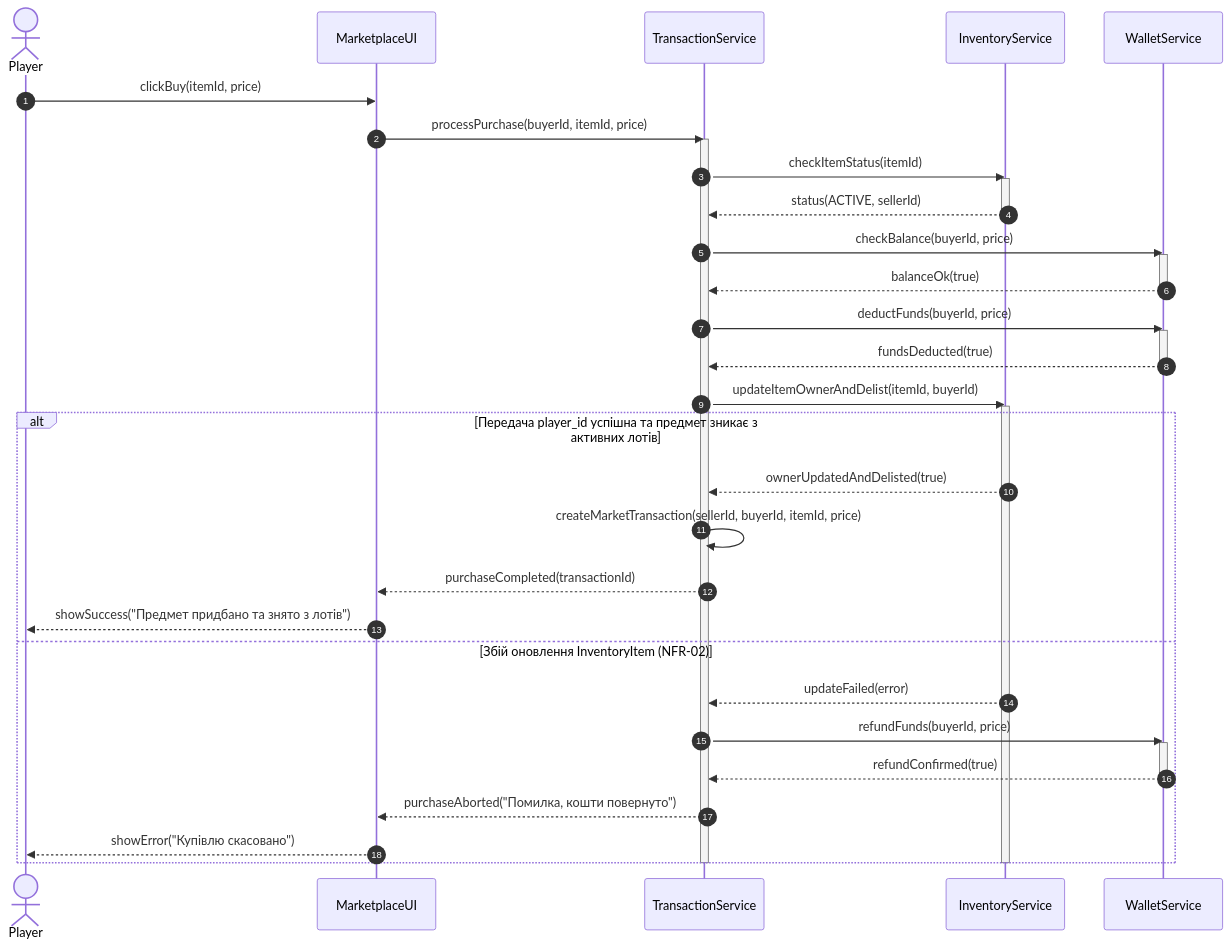
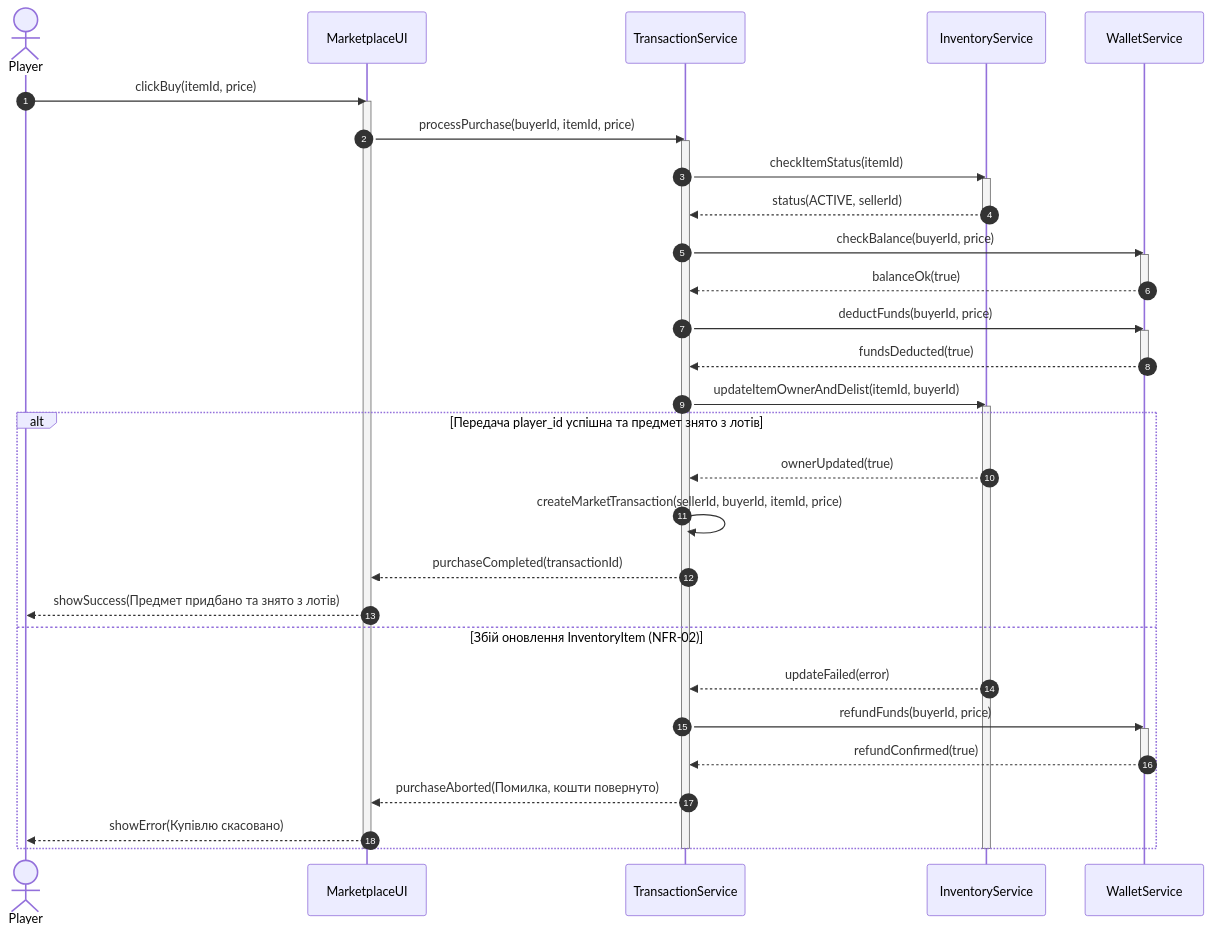
Before and after one commit to Rostislav77-hub/KPI-Architecture-Labs: the first of 3 diagrams in lab3/diagrams.md, drawn with Mermaid. The commit also changed other lines of this file and 1 other file, not shown here.

Commit message:
fix(lab3): fix Mermaid rendering in sequence.mmd and replace redundant break with alt

````diff
--- a/lab3/diagrams.md
+++ b/lab3/diagrams.md
@@ -2,48 +4,50 @@
 ```mermaid
 sequenceDiagram
     autonumber
     actor Player
     participant UI as MarketplaceUI
     participant TS as TransactionService
     participant IS as InventoryService
     participant WS as WalletService
 
     Player->>UI: clickBuy(itemId, price)
+    activate UI
     UI->>TS: processPurchase(buyerId, itemId, price)
     activate TS
 
     TS->>IS: checkItemStatus(itemId)
     activate IS
     IS-->>TS: status(ACTIVE, sellerId)
     deactivate IS
 
     TS->>WS: checkBalance(buyerId, price)
     activate WS
     WS-->>TS: balanceOk(true)
     deactivate WS
 
     TS->>WS: deductFunds(buyerId, price)
     activate WS
     WS-->>TS: fundsDeducted(true)
     deactivate WS
 
     TS->>IS: updateItemOwnerAndDelist(itemId, buyerId)
     activate IS
-    alt Передача player_id успішна та предмет зникає з активних лотів
-        IS-->>TS: ownerUpdatedAndDelisted(true)
+    alt Передача player_id успішна та предмет знято з лотів
+        IS-->>TS: ownerUpdated(true)
         TS->>TS: createMarketTransaction(sellerId, buyerId, itemId, price)
         TS-->>UI: purchaseCompleted(transactionId)
-        UI-->>Player: showSuccess("Предмет придбано та знято з лотів")
+        UI-->>Player: showSuccess(Предмет придбано та знято з лотів)
     else Збій оновлення InventoryItem (NFR-02)
         IS-->>TS: updateFailed(error)
         TS->>WS: refundFunds(buyerId, price)
         activate WS
         WS-->>TS: refundConfirmed(true)
         deactivate WS
-        TS-->>UI: purchaseAborted("Помилка, кошти повернуто")
-        UI-->>Player: showError("Купівлю скасовано")
+        TS-->>UI: purchaseAborted(Помилка, кошти повернуто)
+        UI-->>Player: showError(Купівлю скасовано)
     end
     deactivate IS
 
     deactivate TS
+    deactivate UI
 ```
````
